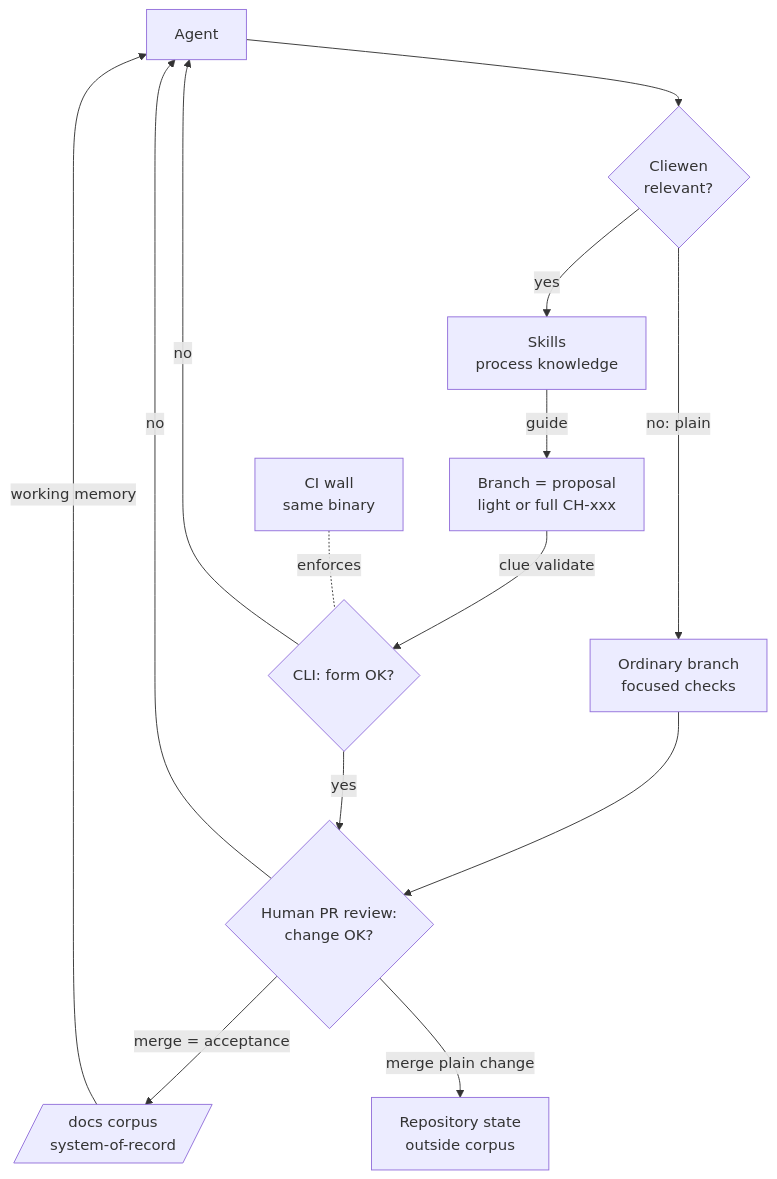
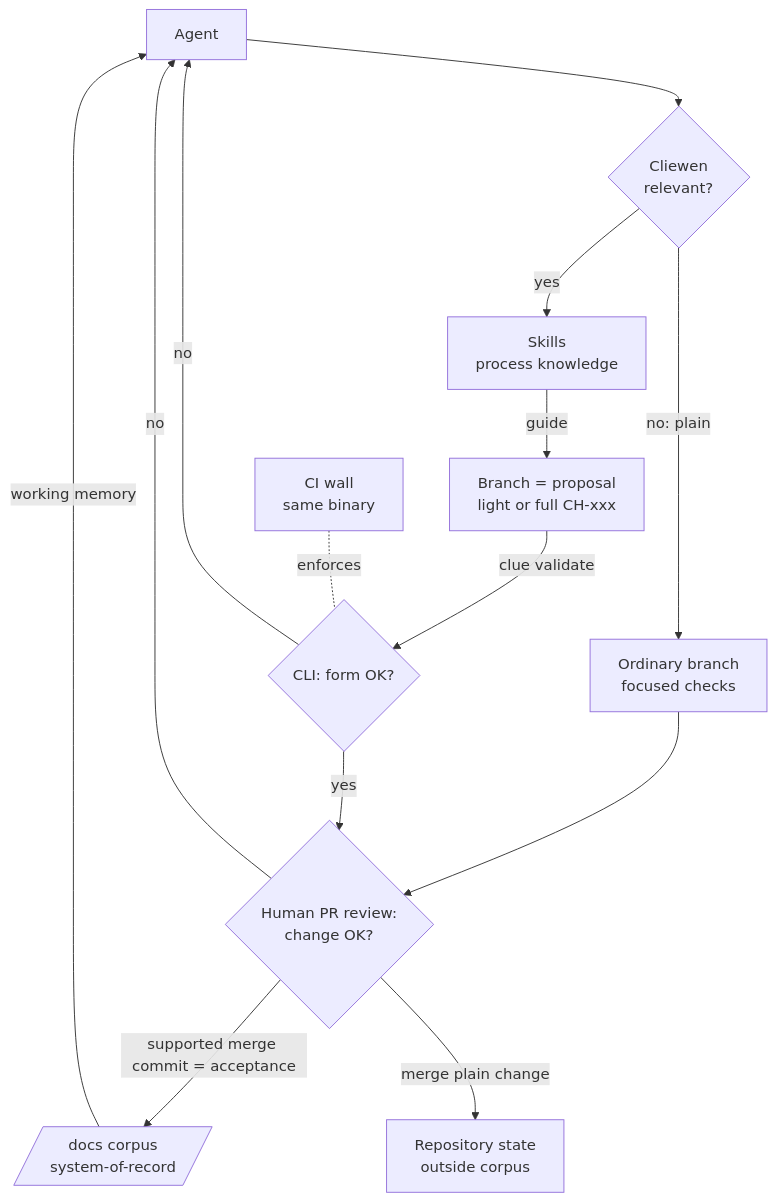
Before and after one commit to cliewen/cliewen: the first of 2 diagrams in docs/architecture/architecture.md, drawn with Mermaid. The commit also changed other lines of this file and 31 other files, not shown here.

Commit message:
CH-090: digest supported merge history

````diff
--- a/docs/architecture/architecture.md
+++ b/docs/architecture/architecture.md
@@ -24,16 +24,16 @@
 ```mermaid
 flowchart TD
     A[Agent] --> Q{Cliewen<br/>relevant?}
     Q -->|no: plain| P[Ordinary branch<br/>focused checks]
     P --> H{Human PR review:<br/>change OK?}
     Q -->|yes| S[Skills<br/>process knowledge]
     S -->|guide| B[Branch = proposal<br/>light or full CH-xxx]
     B -->|clue validate| C{CLI: form OK?}
     C -->|no| A
     C -->|yes| H
     H -->|no| A
-    H -->|merge = acceptance| D[/docs corpus<br/>system-of-record/]
+    H -->|supported merge commit = acceptance| D[/docs corpus<br/>system-of-record/]
     H -->|merge plain change| R[Repository state<br/>outside corpus]
     D -->|working memory| A
     W[CI wall<br/>same binary] -.enforces.- C
 ```
````
